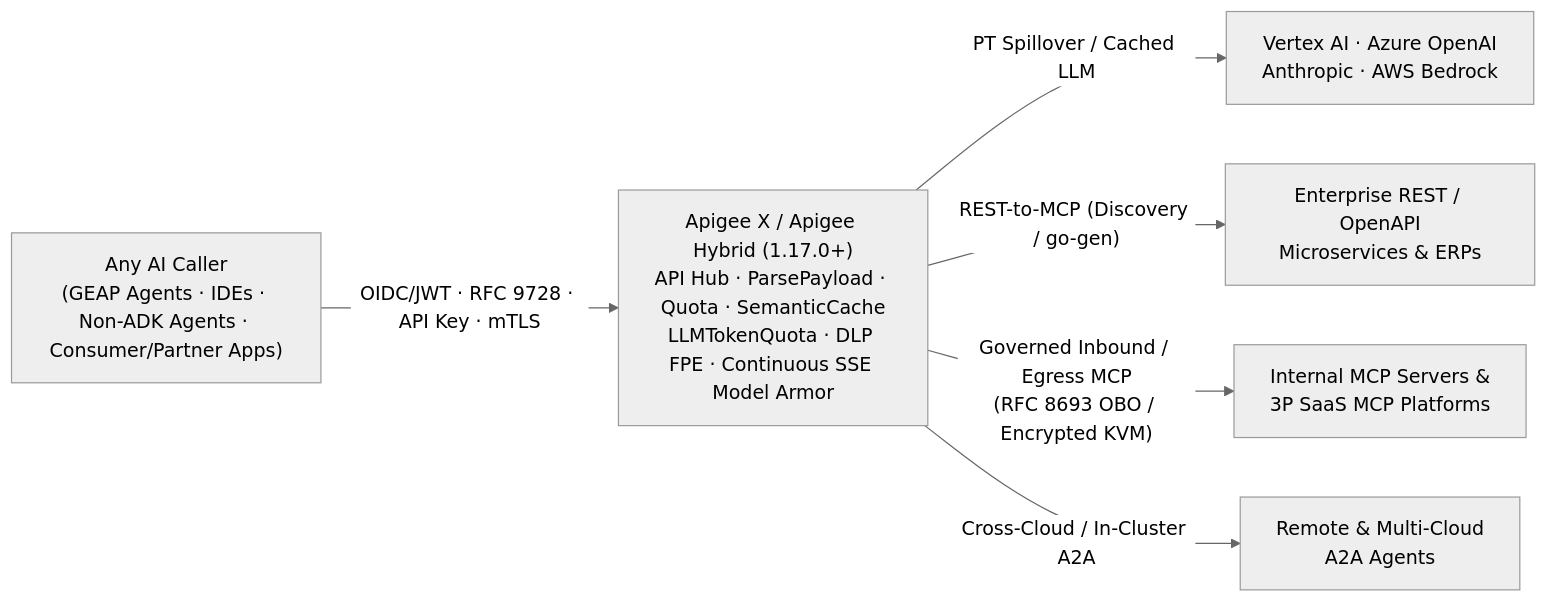
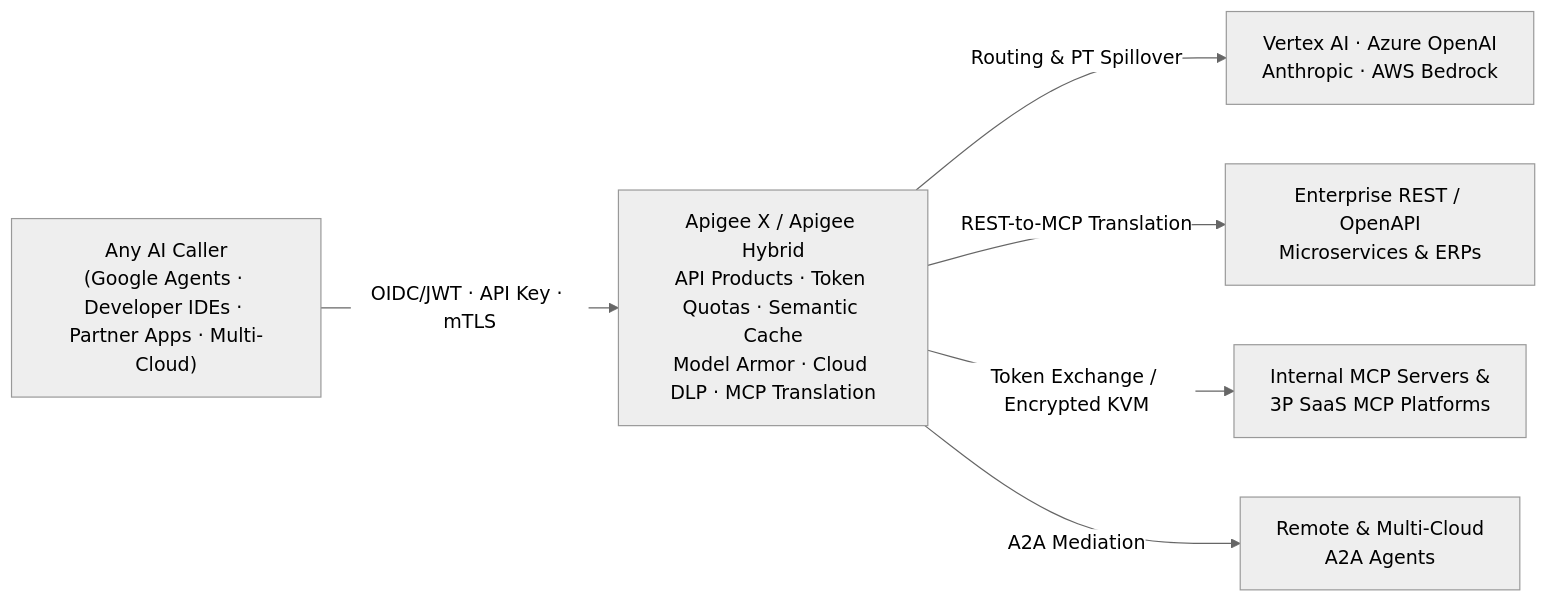
Before and after one commit to krisrowe/apigee-guides: the diagram in ai-gateway/README.md, drawn with Mermaid (neutral theme). The commit also changed other lines of this file and 3 other files, not shown here.

````diff
--- a/ai-gateway/README.md
+++ b/ai-gateway/README.md
@@ -62,12 +57,12 @@
 ```mermaid
 flowchart LR
-    CALLERS["Any AI Caller\n(GEAP Agents · IDEs · Non-ADK Agents · Consumer/Partner Apps)"]
-    APIGEE["Apigee X / Apigee Hybrid (1.17.0+)\nAPI Hub · ParsePayload · Quota · SemanticCache\nLLMTokenQuota · DLP FPE · Continuous SSE Model Armor"]
+    CALLERS["Any AI Caller\n(Google Agents · Developer IDEs · Partner Apps · Multi-Cloud)"]
+    APIGEE["Apigee X / Apigee Hybrid\nAPI Products · Token Quotas · Semantic Cache\nModel Armor · Cloud DLP · MCP Translation"]
 
-    CALLERS -->|"OIDC/JWT · RFC 9728 · API Key · mTLS"| APIGEE
+    CALLERS -->|"OIDC/JWT · API Key · mTLS"| APIGEE
 
-    APIGEE -->|"PT Spillover / Cached LLM"| LLMS["Vertex AI · Azure OpenAI\nAnthropic · AWS Bedrock"]
-    APIGEE -->|"REST-to-MCP (Discovery / go-gen)"| REST["Enterprise REST / OpenAPI\nMicroservices & ERPs"]
-    APIGEE -->|"Governed Inbound / Egress MCP\n(RFC 8693 OBO / Encrypted KVM)"| MCP["Internal MCP Servers &\n3P SaaS MCP Platforms"]
-    APIGEE -->|"Cross-Cloud / In-Cluster A2A"| A2A["Remote & Multi-Cloud\nA2A Agents"]
+    APIGEE -->|"Routing & PT Spillover"| LLMS["Vertex AI · Azure OpenAI\nAnthropic · AWS Bedrock"]
+    APIGEE -->|"REST-to-MCP Translation"| REST["Enterprise REST / OpenAPI\nMicroservices & ERPs"]
+    APIGEE -->|"Token Exchange / Encrypted KVM"| MCP["Internal MCP Servers &\n3P SaaS MCP Platforms"]
+    APIGEE -->|"A2A Mediation"| A2A["Remote & Multi-Cloud\nA2A Agents"]
 ```
````
